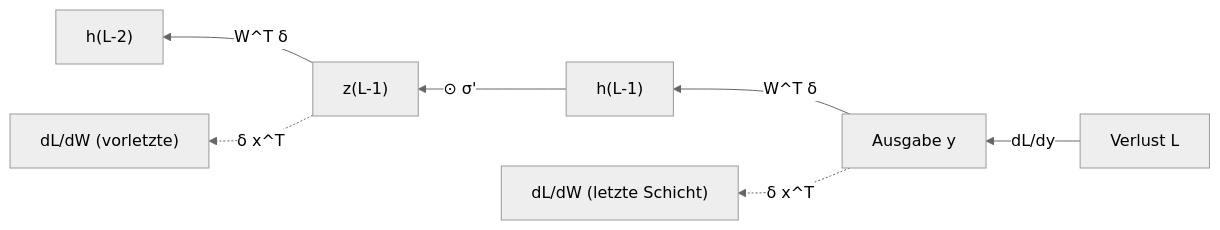
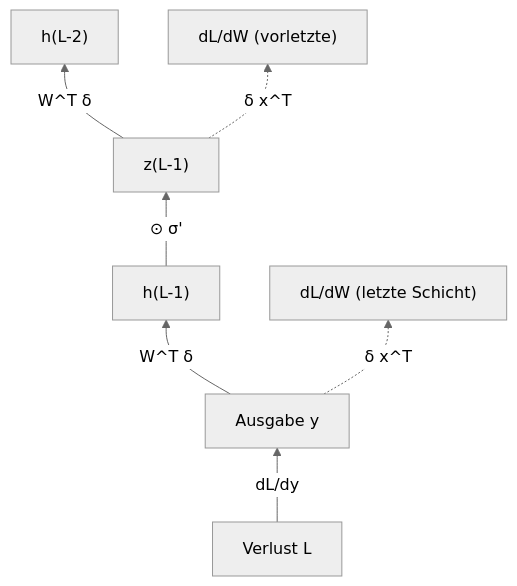
The first of 4 diagrams in kern/docs/buch/A-grundlagen-neuronale-netze.md (ChristianHohlfeld/kernengine.de), drawn with Mermaid (neutral theme) before and after one commit. The commit also changed other lines of this file and 50 other files, not shown here.

First line of the commit message:
Bücher: ASCII-Zeichnungen durch Abbildungen ersetzt, Mermaid lesbar, Formeln sichtbar

````diff
--- a/kern/docs/buch/A-grundlagen-neuronale-netze.md
+++ b/kern/docs/buch/A-grundlagen-neuronale-netze.md
@@ -322,9 +305,9 @@
 ```mermaid
-flowchart RL
+flowchart BT
   L["Verlust L"] -->|"dL/dy"| y["Ausgabe y"]
   y -->|"W^T δ"| h2["h(L-1)"]
   h2 -->|"⊙ σ'"| z2["z(L-1)"]
   z2 -->|"W^T δ"| h1["h(L-2)"]
   y -.->|"δ x^T"| gW["dL/dW (letzte Schicht)"]
   z2 -.->|"δ x^T"| gW2["dL/dW (vorletzte)"]
 ```
````
